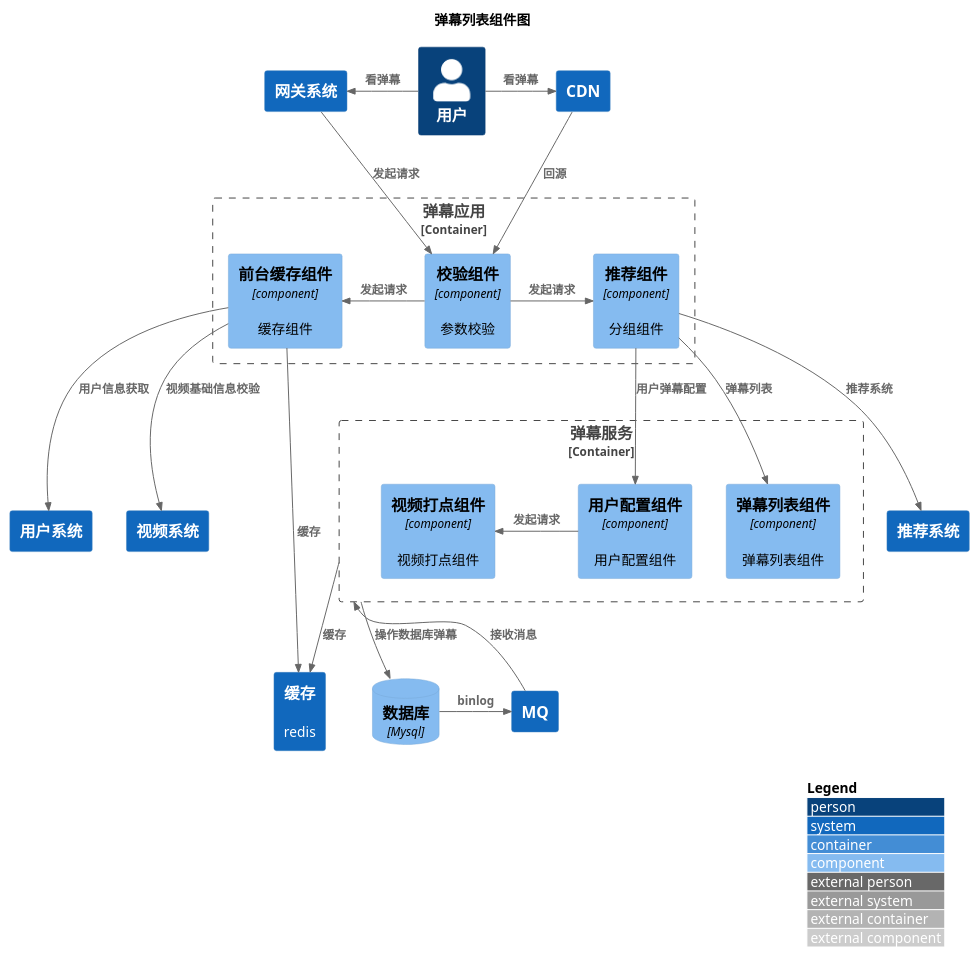
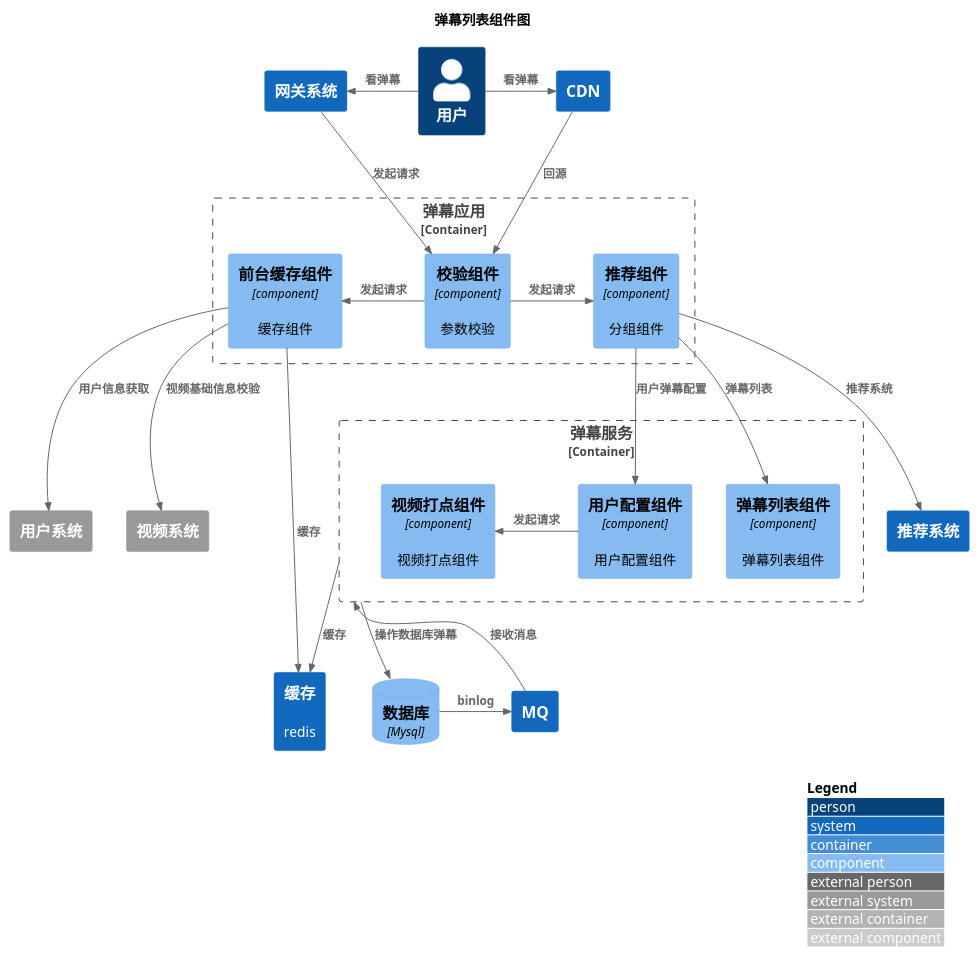
One commit to nxnnxn/community-doc changed the diagram in puml/interact/content/barrage/select/component.puml. Above: the diagram before and after it, drawn with PlantUML. The commit also changed 9 other files, not shown here.

```diff
--- a/puml/interact/content/barrage/select/component.puml
+++ b/puml/interact/content/barrage/select/component.puml
@@ -1,47 +1,47 @@
 @startuml
 !include <C4/C4_Component>
 LAYOUT_WITH_LEGEND()
 
 title 弹幕列表组件图
 
 Person(user, "用户")
 System(gateway,"网关系统")
 System(CDN,"CDN")
 Rel_L(user, gateway, "看弹幕")
 Rel_R(user, CDN, "看弹幕")
 
 Container_Boundary(barrageFacade, "弹幕应用"){
    Component(checkComponent, "校验组件", "component", "参数校验")
    Component(recComponent, "推荐组件", "component", "分组组件")
    Component(facadeCacheComponent, "前台缓存组件", "component", "缓存组件")
    Rel_L(checkComponent, facadeCacheComponent, "发起请求")
    Rel_R(checkComponent, recComponent, "发起请求")
 }
 Container_Boundary(barrageService, "弹幕服务"){
    Component(userProfileComponent, "用户配置组件", "component", "用户配置组件")
    Component(profileComponent, "视频打点组件", "component", "视频打点组件")
    Component(listComponent, "弹幕列表组件", "component", "弹幕列表组件")
    Rel_L(userProfileComponent, profileComponent, "发起请求")
 }
-System(userSystem,"用户系统")
-System(videoSystem,"视频系统")
+System_Ext(userSystem,"用户系统")
+System_Ext(videoSystem,"视频系统")
 System(tpp,"推荐系统")
 System(rocketmq,"MQ")
 System(redis,"缓存","redis")
 ComponentDb(db, "数据库", "Mysql")
 
 Rel(gateway, checkComponent, "发起请求")
 Rel(CDN, checkComponent, "回源")
 Rel(facadeCacheComponent,videoSystem, "视频基础信息校验")
 Rel(facadeCacheComponent,userSystem, "用户信息获取")
 Rel(facadeCacheComponent,redis, "缓存")
 
 Rel(recComponent,tpp, "推荐系统")
 Rel(recComponent,userProfileComponent, "用户弹幕配置")
 Rel(recComponent,listComponent, "弹幕列表")
 
 Rel(barrageService,db, "操作数据库弹幕")
 Rel(barrageService,redis, "缓存")
 Rel_R(db,rocketmq, "binlog")
 Rel_U(rocketmq,barrageService, "接收消息")
 @enduml
```
